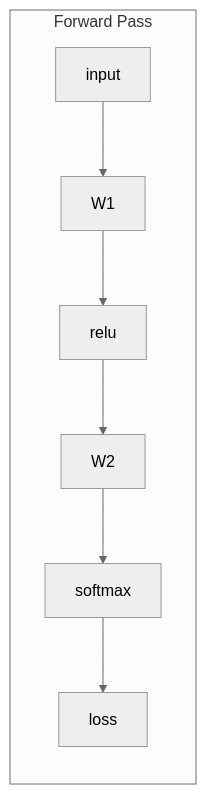
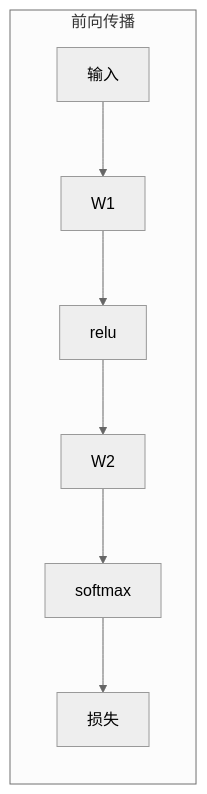
The third of 4 diagrams in phases/01-math-foundations/04-calculus-for-ml/docs/zh.md (alessandrodinisio-ai/ai-engineering-learning-framework), drawn with Mermaid (neutral theme) before and after one commit. The commit also changed other lines of this file and 120 other files, not shown here.

First line of the commit message:
i18n(mermaid): 337 个 mermaid 图表标签中文化

````diff
--- a/phases/01-math-foundations/04-calculus-for-ml/docs/zh.md
+++ b/phases/01-math-foundations/04-calculus-for-ml/docs/zh.md
@@ -371,6 +371,6 @@
 ```mermaid
 graph LR
-    subgraph Forward["Forward Pass"]
-        I["input"] --> W1["W1"] --> R["relu"] --> W2["W2"] --> S["softmax"] --> L["loss"]
+    subgraph Forward["前向传播"]
+        I["输入"] --> W1["W1"] --> R["relu"] --> W2["W2"] --> S["softmax"] --> L["损失"]
     end
 ```
````
